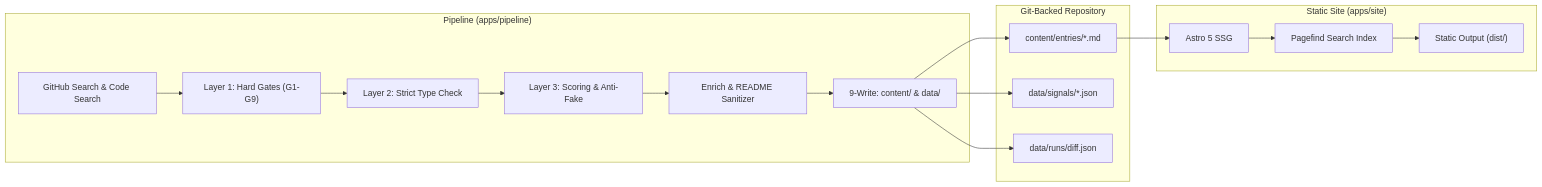
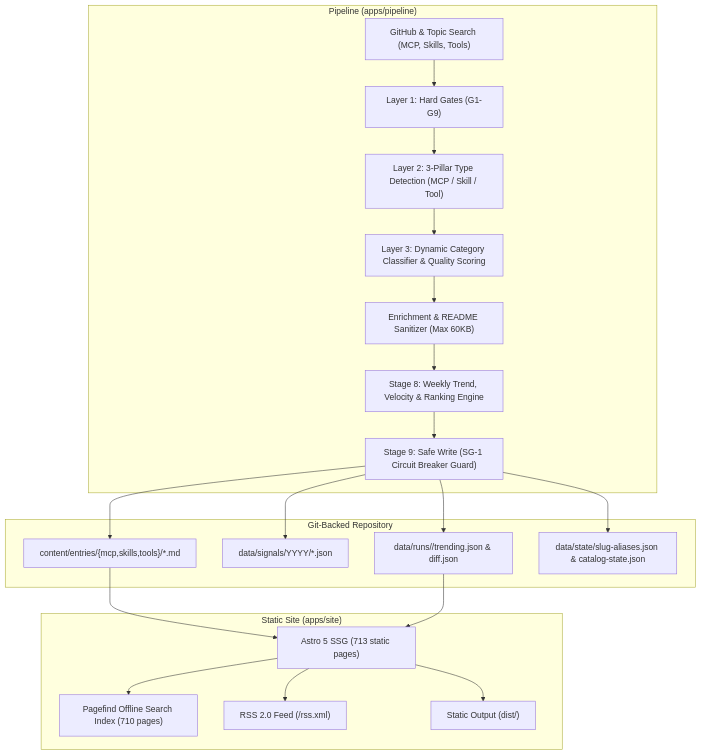
The diagram in docs/07_CHECKPOINT_STATUS.md (teikmin/web_dictionary), drawn with Mermaid before and after one commit. The commit also changed other lines of this file and 838 other files, not shown here.

Commit message:
feat(v3): 3-pillar web dictionary, weekly trending radar, layout redesign, and deployment fixes

````diff
--- a/docs/07_CHECKPOINT_STATUS.md
+++ b/docs/07_CHECKPOINT_STATUS.md
@@ -47,22 +76,26 @@
 ```mermaid
-flowchart LR
+flowchart TD
     subgraph Discovery ["Pipeline (apps/pipeline)"]
-        D1["GitHub Search & Code Search"] --> G["Layer 1: Hard Gates (G1-G9)"]
-        G --> T["Layer 2: Strict Type Check"]
-        T --> S["Layer 3: Scoring & Anti-Fake"]
-        S --> E["Enrich & README Sanitizer"]
-        E --> W["9-Write: content/ & data/"]
+        D1["GitHub & Topic Search (MCP, Skills, Tools)"] --> G["Layer 1: Hard Gates (G1-G9)"]
+        G --> T["Layer 2: 3-Pillar Type Detection (MCP / Skill / Tool)"]
+        T --> S["Layer 3: Dynamic Category Classifier & Quality Scoring"]
+        S --> E["Enrichment & README Sanitizer (Max 60KB)"]
+        E --> TR["Stage 8: Weekly Trend, Velocity & Ranking Engine"]
+        TR --> W["Stage 9: Safe Write (SG-1 Circuit Breaker Guard)"]
     end
 
     subgraph Storage ["Git-Backed Repository"]
-        W --> CE["content/entries/*.md"]
-        W --> DS["data/signals/*.json"]
-        W --> DR["data/runs/diff.json"]
+        W --> CE["content/entries/{mcp,skills,tools}/*.md"]
+        W --> DS["data/signals/YYYY/*.json"]
+        W --> DR["data/runs/<week>/trending.json & diff.json"]
+        W --> SA["data/state/slug-aliases.json & catalog-state.json"]
     end
 
     subgraph Site ["Static Site (apps/site)"]
-        CE --> A["Astro 5 SSG"]
-        A --> P["Pagefind Search Index"]
-        P --> D["Static Output (dist/)"]
+        CE --> A["Astro 5 SSG (713 static pages)"]
+        DR --> A
+        A --> P["Pagefind Offline Search Index (710 pages)"]
+        A --> RSS["RSS 2.0 Feed (/rss.xml)"]
+        A --> D["Static Output (dist/)"]
     end
 ```
````
